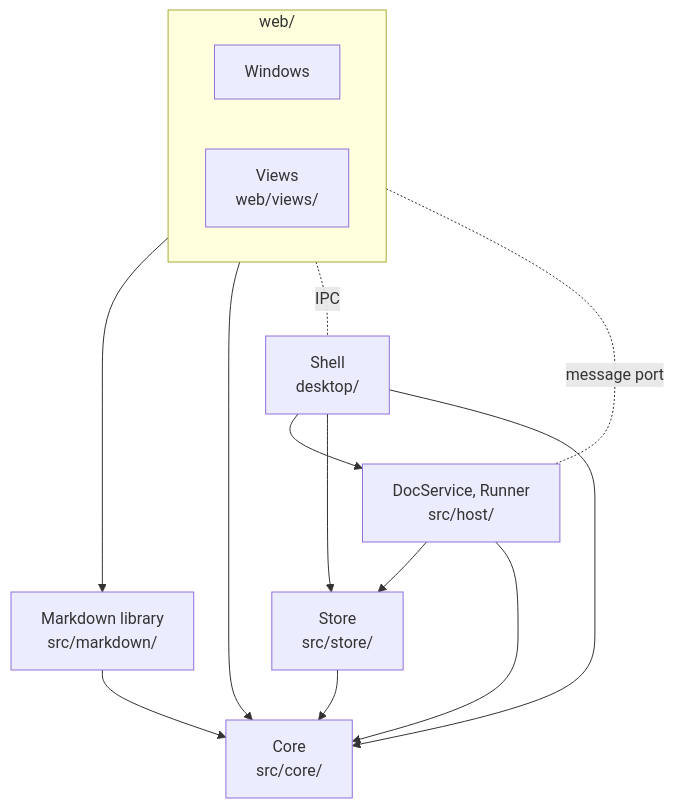
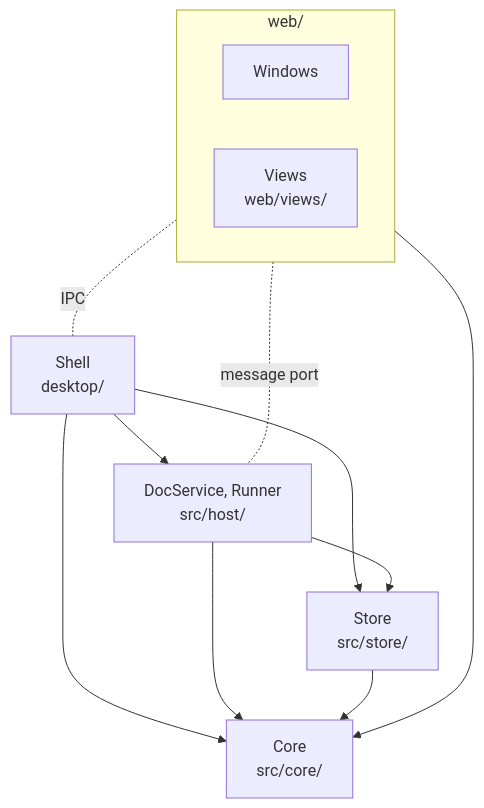
The diagram in docs/architecture.md (ponjo-app/ponjo), drawn with Mermaid before and after one commit. The commit also changed other lines of this file and 47 other files, not shown here.

````diff
--- a/docs/architecture.md
+++ b/docs/architecture.md
@@ -91,19 +91,17 @@
 ```mermaid
 flowchart TD
   subgraph web["web/"]
     windows["Windows"]
     views["Views<br>web/views/"]
   end
   shell["Shell<br>desktop/"]
   host["DocService, Runner<br>src/host/"]
-  markdown["Markdown library<br>src/markdown/"]
   store["Store<br>src/store/"]
   core["Core<br>src/core/"]
   shell --> host & store & core
   host --> store & core
-  web --> markdown & core
-  markdown --> core
+  web --> core
   store --> core
   web -. IPC .- shell
   web -. message port .- host
 ```
````
